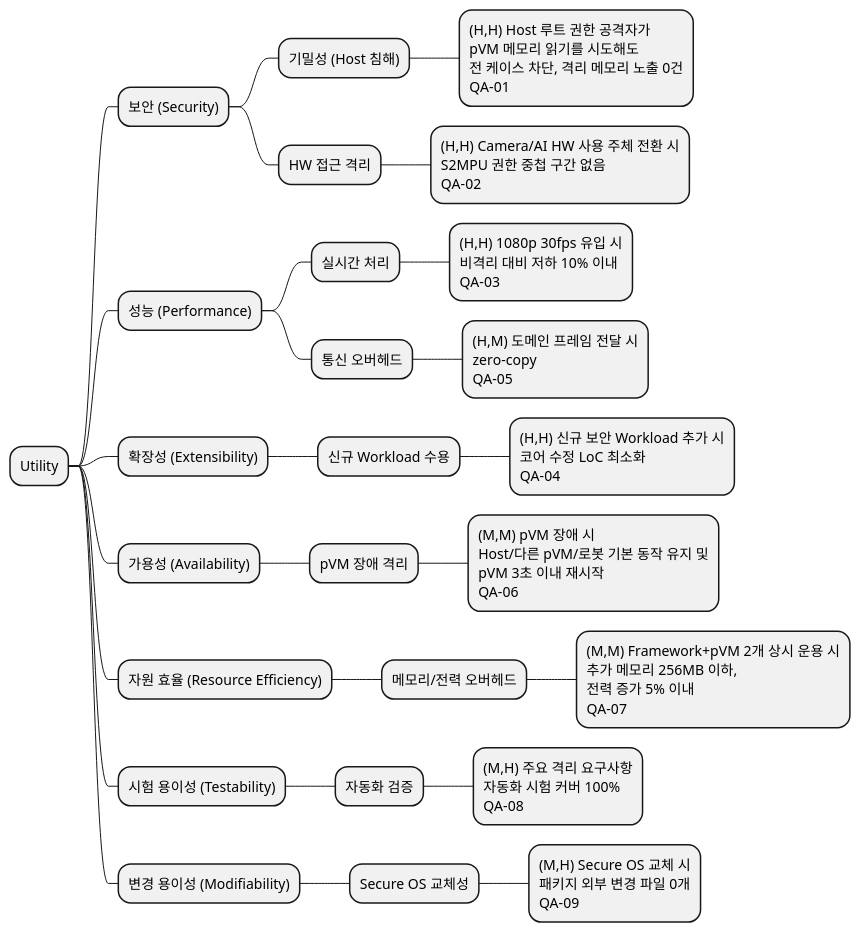
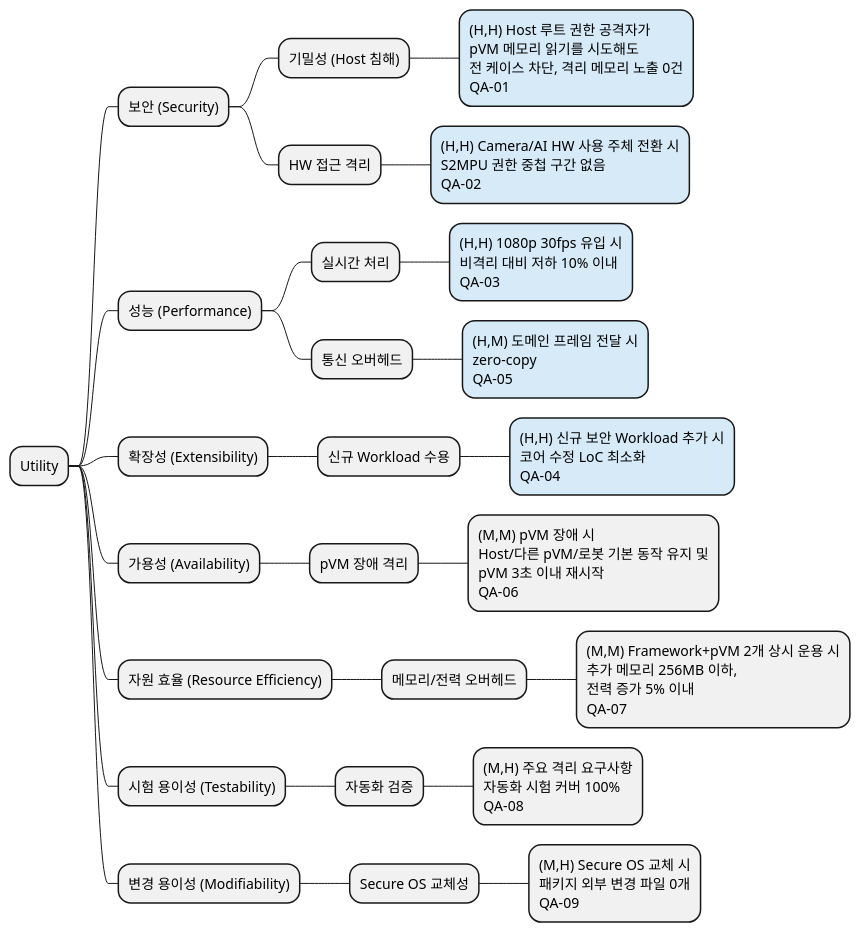
The diagram in docs/03_utility_tree.md (boram1288/test-p), drawn with PlantUML before and after one commit. The commit also changed other lines of this file, not shown here.

First line of the commit message:
유틸리티 트리 다이어그램 정리

````diff
--- a/docs/03_utility_tree.md
+++ b/docs/03_utility_tree.md
@@ -61,30 +24,30 @@
 ```plantuml
 @startmindmap
 * Utility
 ** 보안 (Security)
 *** 기밀성 (Host 침해)
-**** (H,H) Host 루트 권한 공격자가\npVM 메모리 읽기를 시도해도\n전 케이스 차단, 격리 메모리 노출 0건\nQA-01
+****[#D6EAF8] (H,H) Host 루트 권한 공격자가\npVM 메모리 읽기를 시도해도\n전 케이스 차단, 격리 메모리 노출 0건\nQA-01
 *** HW 접근 격리
-**** (H,H) Camera/AI HW 사용 주체 전환 시\nS2MPU 권한 중첩 구간 없음\nQA-02
+****[#D6EAF8] (H,H) Camera/AI HW 사용 주체 전환 시\nS2MPU 권한 중첩 구간 없음\nQA-02
 ** 성능 (Performance)
 *** 실시간 처리
-**** (H,H) 1080p 30fps 유입 시\n비격리 대비 저하 10% 이내\nQA-03
+****[#D6EAF8] (H,H) 1080p 30fps 유입 시\n비격리 대비 저하 10% 이내\nQA-03
 *** 통신 오버헤드
-**** (H,M) 도메인 프레임 전달 시\nzero-copy\nQA-05
+****[#D6EAF8] (H,M) 도메인 프레임 전달 시\nzero-copy\nQA-05
 ** 확장성 (Extensibility)
 *** 신규 Workload 수용
-**** (H,H) 신규 보안 Workload 추가 시\n코어 수정 LoC 최소화\nQA-04
+****[#D6EAF8] (H,H) 신규 보안 Workload 추가 시\n코어 수정 LoC 최소화\nQA-04
 ** 가용성 (Availability)
 *** pVM 장애 격리
 **** (M,M) pVM 장애 시\nHost/다른 pVM/로봇 기본 동작 유지 및\npVM 3초 이내 재시작\nQA-06
 ** 자원 효율 (Resource Efficiency)
 *** 메모리/전력 오버헤드
 **** (M,M) Framework+pVM 2개 상시 운용 시\n추가 메모리 256MB 이하,\n전력 증가 5% 이내\nQA-07
 ** 시험 용이성 (Testability)
 *** 자동화 검증
 **** (M,H) 주요 격리 요구사항\n자동화 시험 커버 100%\nQA-08
 ** 변경 용이성 (Modifiability)
 *** Secure OS 교체성
 **** (M,H) Secure OS 교체 시\n패키지 외부 변경 파일 0개\nQA-09
 @endmindmap
 ```
````
